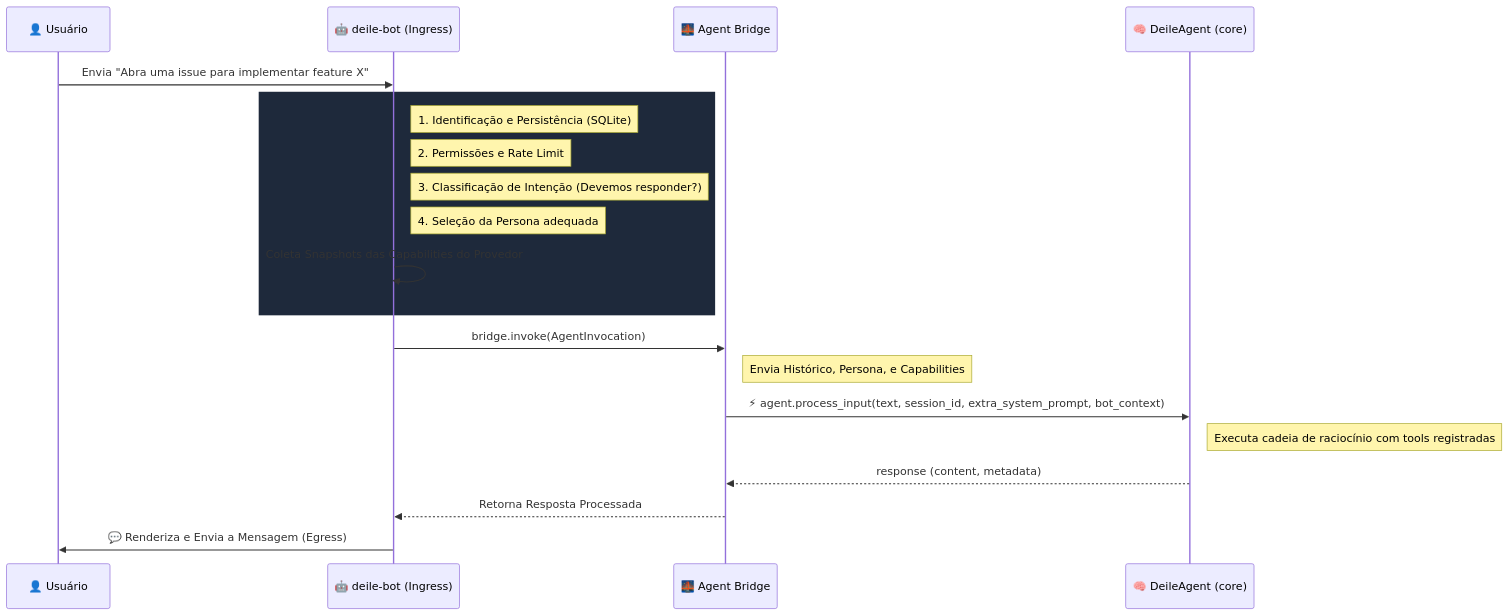
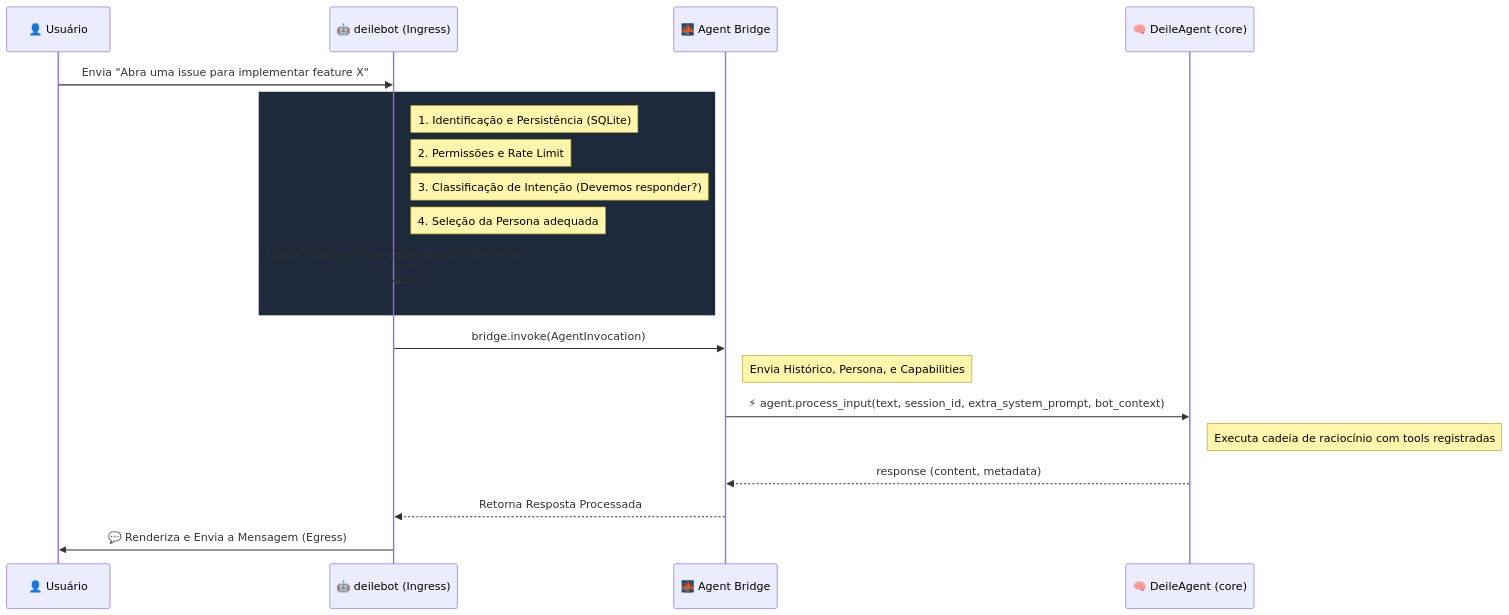
The first of 2 diagrams in README.md (elimarcavalli/deilebot), drawn with Mermaid before and after one commit. The commit also changed other lines of this file and 201 other files, not shown here.

First line of the commit message:
chore: rename internal package deile_bot → deilebot (matches repo name)

````diff
--- a/README.md
+++ b/README.md
@@ -32,27 +32,27 @@
 ```mermaid
 sequenceDiagram
     participant User as 👤 Usuário
-    participant Bot as 🤖 deile-bot (Ingress)
+    participant Bot as 🤖 deilebot (Ingress)
     participant Bridge as 🌉 Agent Bridge
     participant Deile as 🧠 DeileAgent (core)
 
     User->>Bot: Envia "Abra uma issue para implementar feature X"
     
     rect rgb(30, 41, 59)
     Note right of Bot: 1. Identificação e Persistência (SQLite)
     Note right of Bot: 2. Permissões e Rate Limit
     Note right of Bot: 3. Classificação de Intenção (Devemos responder?)
     Note right of Bot: 4. Seleção da Persona adequada
     Bot->>Bot: Coleta Snapshots das Capabilities do Provedor
     end
 
     Bot->>Bridge: bridge.invoke(AgentInvocation)
     Note right of Bridge: Envia Histórico, Persona, e Capabilities
     
     Bridge->>Deile: ⚡ agent.process_input(text, session_id, extra_system_prompt, bot_context)
     Note right of Deile: Executa cadeia de raciocínio com tools registradas
     Deile-->>Bridge: response (content, metadata)
     
     Bridge-->>Bot: Retorna Resposta Processada
     Bot->>User: 💬 Renderiza e Envia a Mensagem (Egress)
 ```
````
